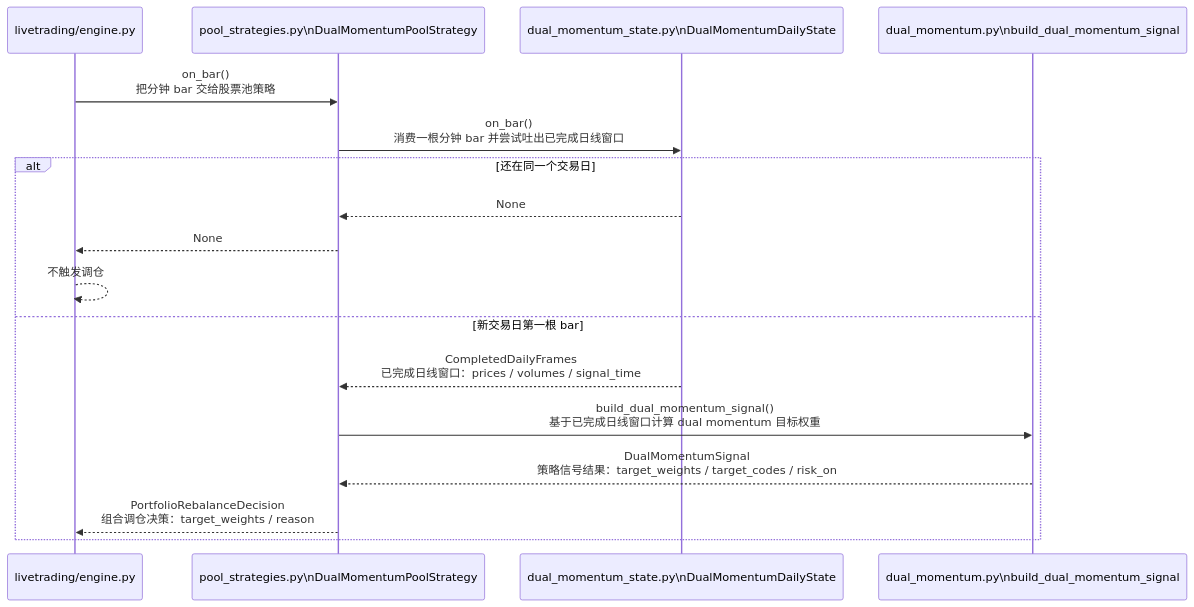
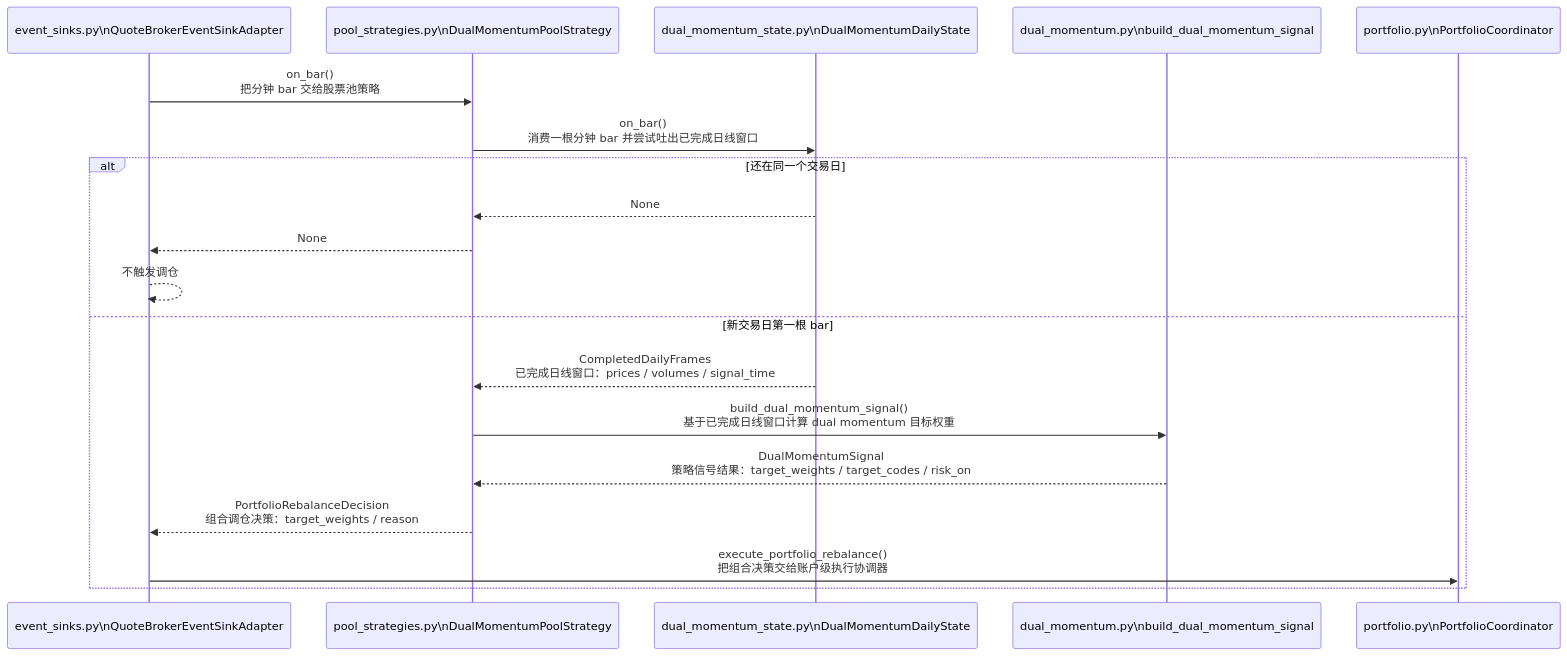
One commit to hangchow/backtest changed the sixth of 7 diagrams in docs/README_livetrading_sequence.md. Above: the diagram before and after it, drawn with Mermaid. The commit also changed other lines of this file and 12 other files, not shown here.

````diff
--- a/docs/README_livetrading_sequence.md
+++ b/docs/README_livetrading_sequence.md
@@ -271,21 +284,23 @@
 ```mermaid
 sequenceDiagram
-    participant ENG as livetrading/engine.py
+    participant QS as event_sinks.py\nQuoteBrokerEventSinkAdapter
     participant PLS as pool_strategies.py\nDualMomentumPoolStrategy
     participant STATE as dual_momentum_state.py\nDualMomentumDailyState
     participant SIG as dual_momentum.py\nbuild_dual_momentum_signal
+    participant PC as portfolio.py\nPortfolioCoordinator
 
-    ENG->>PLS: on_bar()<br/>把分钟 bar 交给股票池策略
+    QS->>PLS: on_bar()<br/>把分钟 bar 交给股票池策略
     PLS->>STATE: on_bar()<br/>消费一根分钟 bar 并尝试吐出已完成日线窗口
 
     alt 还在同一个交易日
         STATE-->>PLS: None
-        PLS-->>ENG: None
-        ENG-->>ENG: 不触发调仓
+        PLS-->>QS: None
+        QS-->>QS: 不触发调仓
     else 新交易日第一根 bar
         STATE-->>PLS: CompletedDailyFrames<br/>已完成日线窗口：prices / volumes / signal_time
         PLS->>SIG: build_dual_momentum_signal()<br/>基于已完成日线窗口计算 dual momentum 目标权重
         SIG-->>PLS: DualMomentumSignal<br/>策略信号结果：target_weights / target_codes / risk_on
-        PLS-->>ENG: PortfolioRebalanceDecision<br/>组合调仓决策：target_weights / reason
+        PLS-->>QS: PortfolioRebalanceDecision<br/>组合调仓决策：target_weights / reason
+        QS->>PC: execute_portfolio_rebalance()<br/>把组合决策交给账户级执行协调器
     end
 ```
````
